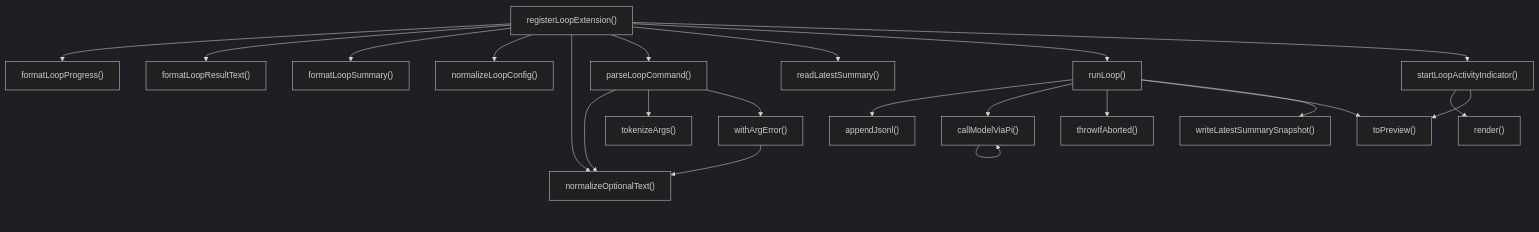
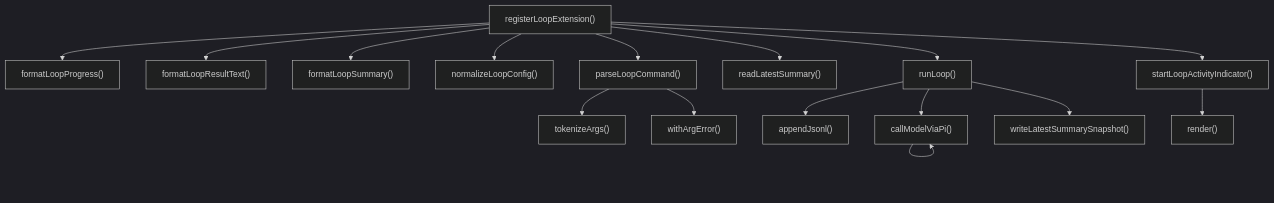
Before and after one commit to Mekann2904/mekann: the fourth of 5 diagrams in ABDD/.pi/extensions/loop.md, drawn with Mermaid (dark theme). The commit also changed other lines of this file and 205 other files, not shown here.

````diff
--- a/ABDD/.pi/extensions/loop.md
+++ b/ABDD/.pi/extensions/loop.md
@@ -305,42 +292,33 @@
 ```mermaid
 flowchart TD
   appendJsonl["appendJsonl()"]
   callModelViaPi["callModelViaPi()"]
   formatLoopProgress["formatLoopProgress()"]
   formatLoopResultText["formatLoopResultText()"]
   formatLoopSummary["formatLoopSummary()"]
   normalizeLoopConfig["normalizeLoopConfig()"]
-  normalizeOptionalText["normalizeOptionalText()"]
   parseLoopCommand["parseLoopCommand()"]
   readLatestSummary["readLatestSummary()"]
   registerLoopExtension["registerLoopExtension()"]
   render["render()"]
   runLoop["runLoop()"]
   startLoopActivityIndicator["startLoopActivityIndicator()"]
-  throwIfAborted["throwIfAborted()"]
-  toPreview["toPreview()"]
   tokenizeArgs["tokenizeArgs()"]
   withArgError["withArgError()"]
   writeLatestSummarySnapshot["writeLatestSummarySnapshot()"]
   callModelViaPi --> callModelViaPi
-  parseLoopCommand --> normalizeOptionalText
   parseLoopCommand --> tokenizeArgs
   parseLoopCommand --> withArgError
   registerLoopExtension --> formatLoopProgress
   registerLoopExtension --> formatLoopResultText
   registerLoopExtension --> formatLoopSummary
   registerLoopExtension --> normalizeLoopConfig
-  registerLoopExtension --> normalizeOptionalText
   registerLoopExtension --> parseLoopCommand
   registerLoopExtension --> readLatestSummary
   registerLoopExtension --> runLoop
   registerLoopExtension --> startLoopActivityIndicator
   runLoop --> appendJsonl
   runLoop --> callModelViaPi
-  runLoop --> throwIfAborted
-  runLoop --> toPreview
   runLoop --> writeLatestSummarySnapshot
   startLoopActivityIndicator --> render
-  startLoopActivityIndicator --> toPreview
-  withArgError --> normalizeOptionalText
 ```
````
